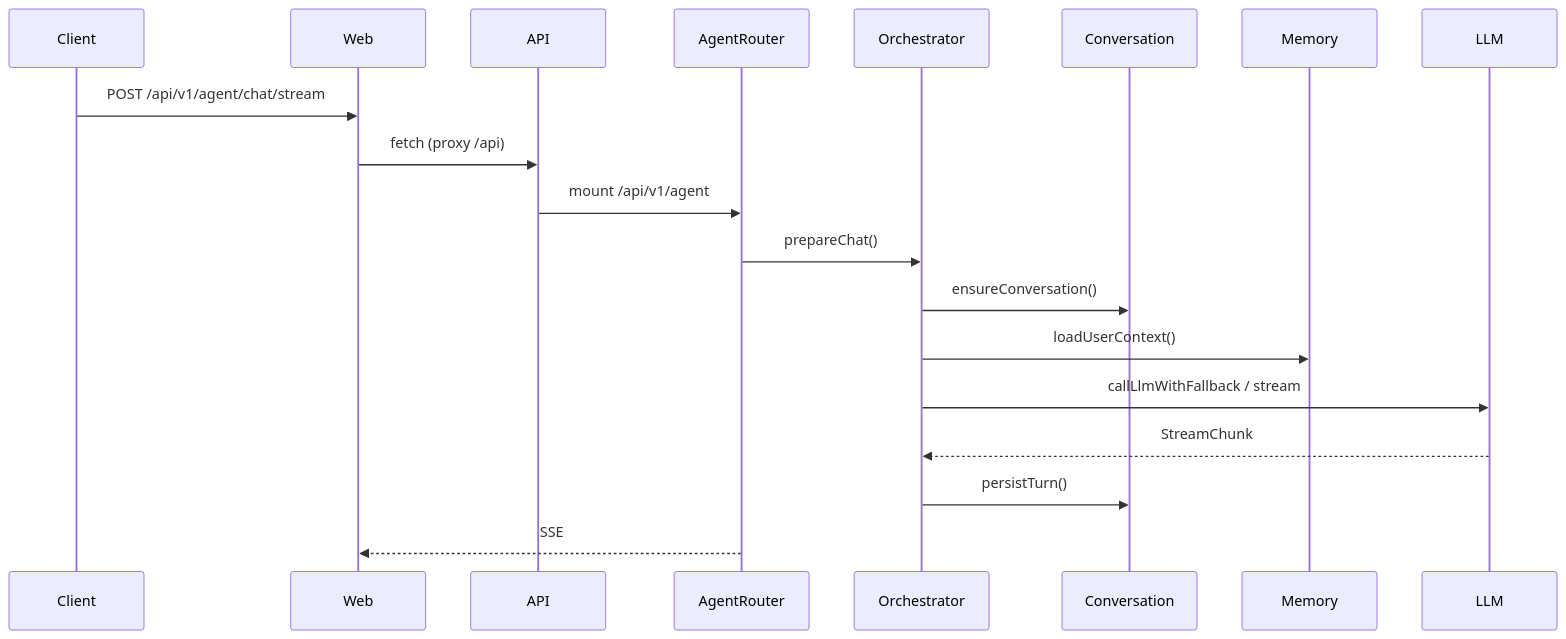
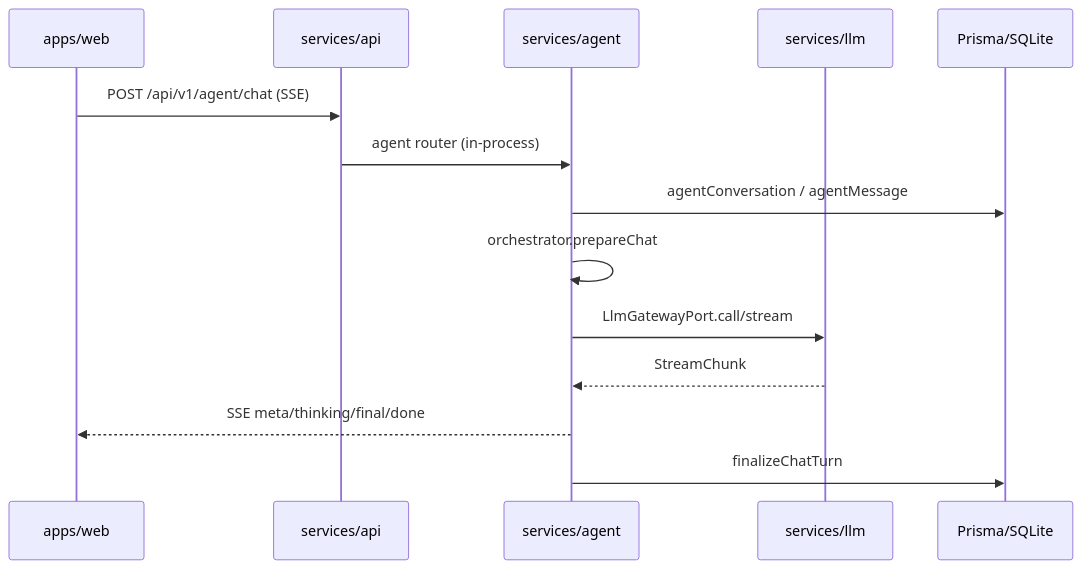
Before and after one commit to daftpunkwav/agent-forge: the second of 2 diagrams in docs/architecture-review-20260902-Composer.md, drawn with Mermaid. The commit also changed other lines of this file, not shown here.

````diff
--- a/docs/architecture-review-20260902-Composer.md
+++ b/docs/architecture-review-20260902-Composer.md
@@ -116,13 +137,17 @@
 ```mermaid
 sequenceDiagram
-  Client->>Web: POST /api/v1/agent/chat/stream
-  Web->>API: fetch (proxy /api)
-  API->>AgentRouter: mount /api/v1/agent
-  AgentRouter->>Orchestrator: prepareChat()
-  Orchestrator->>Conversation: ensureConversation()
-  Orchestrator->>Memory: loadUserContext()
-  Orchestrator->>LLM: callLlmWithFallback / stream
-  LLM-->>Orchestrator: StreamChunk
-  Orchestrator->>Conversation: persistTurn()
-  AgentRouter-->>Web: SSE
+  participant Browser as apps/web
+  participant API as services/api
+  participant Agent as services/agent
+  participant LLM as services/llm
+  participant DB as Prisma/SQLite
+
+  Browser->>API: POST /api/v1/agent/chat (SSE)
+  API->>Agent: agent router (in-process)
+  Agent->>DB: agentConversation / agentMessage
+  Agent->>Agent: orchestrator.prepareChat
+  Agent->>LLM: LlmGatewayPort.call/stream
+  LLM-->>Agent: StreamChunk
+  Agent-->>Browser: SSE meta/thinking/final/done
+  Agent->>DB: finalizeChatTurn
 ```
````
